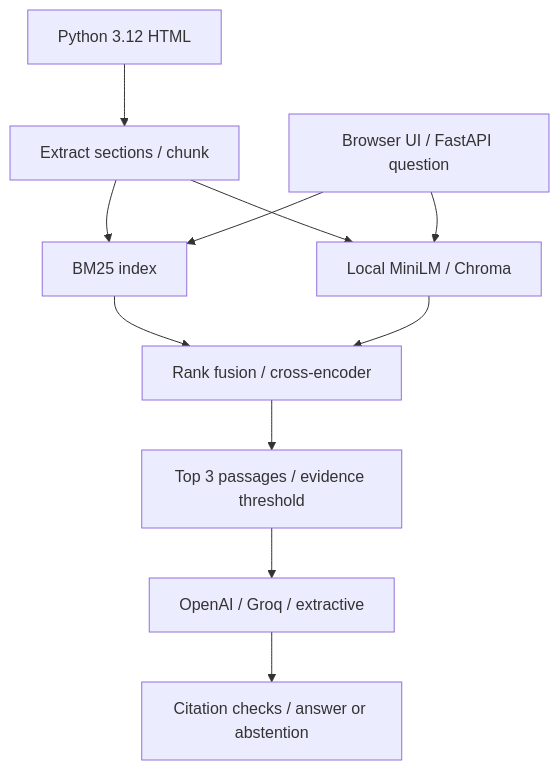
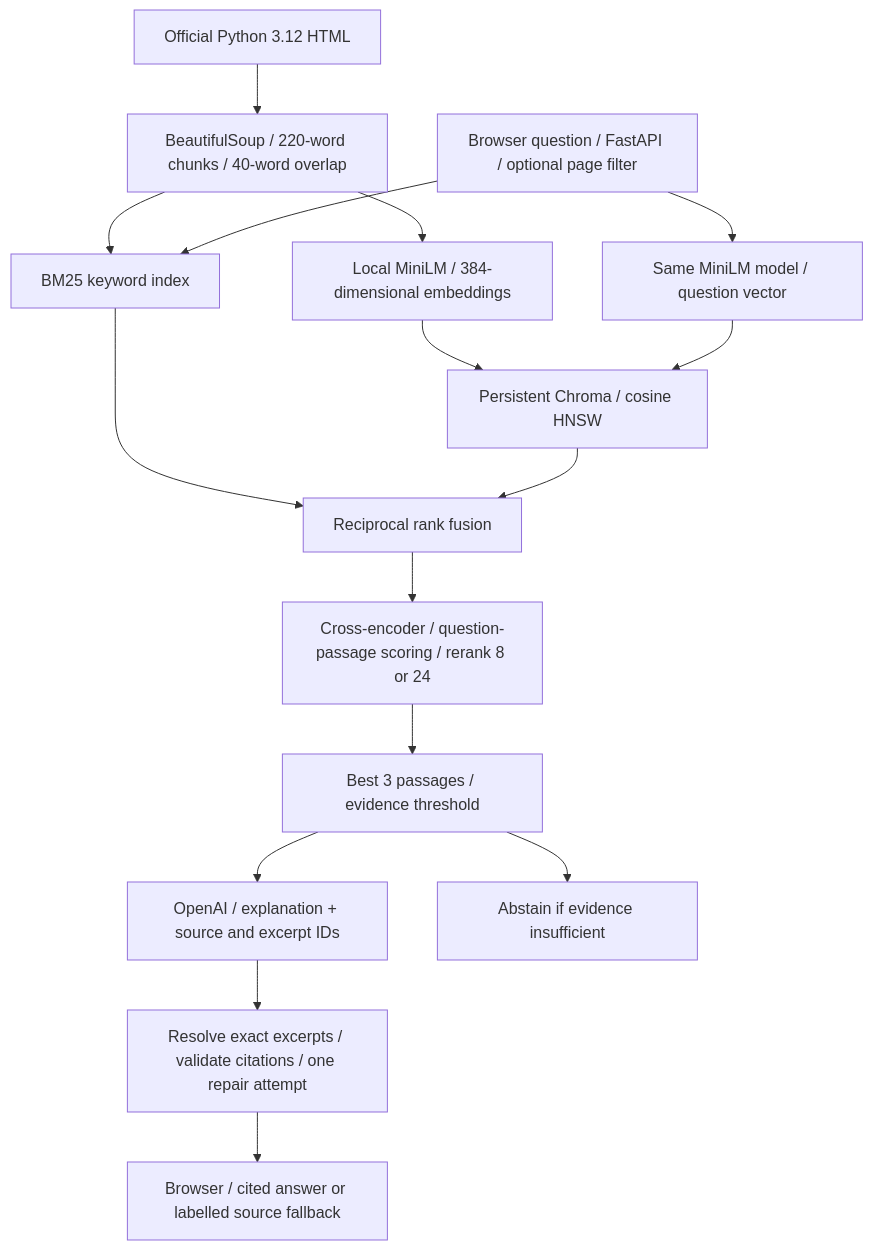
One commit to adam12bT/ai_project2 changed the diagram in report.md. Above: the diagram before and after it, drawn with Mermaid. The commit also changed other lines of this file and 1 other file, not shown here.

Commit message:
fixing the report

````diff
--- a/report.md
+++ b/report.md
@@ -34,13 +34,18 @@
 ```mermaid
 flowchart TD
-    A[Python 3.12 HTML] --> B[Extract sections / chunk]
-    B --> C[BM25 index]
-    B --> D[Local MiniLM / Chroma]
-    U[Browser UI / FastAPI question] --> C
-    U --> D
-    C --> R[Rank fusion / cross-encoder]
+    A[Official Python 3.12 HTML] --> B[BeautifulSoup / 220-word chunks / 40-word overlap]
+    B --> C[BM25 keyword index]
+    B --> M[Local MiniLM / 384-dimensional embeddings]
+    M --> D[Persistent Chroma / cosine HNSW]
+    U[Browser question / FastAPI / optional page filter] --> C
+    U --> Q[Same MiniLM model / question vector]
+    Q --> D
+    C --> R[Reciprocal rank fusion]
     D --> R
-    R --> E[Top 3 passages / evidence threshold]
-    E --> G[OpenAI / Groq / extractive]
-    G --> V[Citation checks / answer or abstention]
+    R --> X[Cross-encoder / question-passage scoring / rerank 8 or 24]
+    X --> E[Best 3 passages / evidence threshold]
+    E --> G[OpenAI / explanation + source and excerpt IDs]
+    E --> N[Abstain if evidence insufficient]
+    G --> V[Resolve exact excerpts / validate citations / one repair attempt]
+    V --> O[Browser / cited answer or labelled source fallback]
 ```
````
